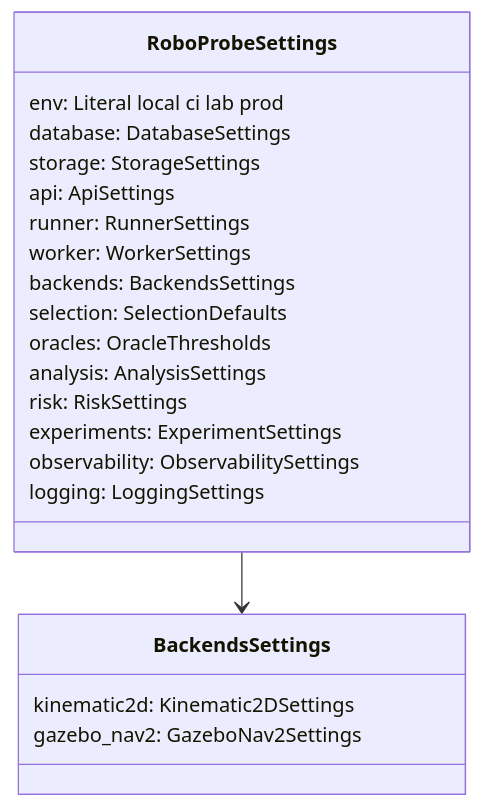
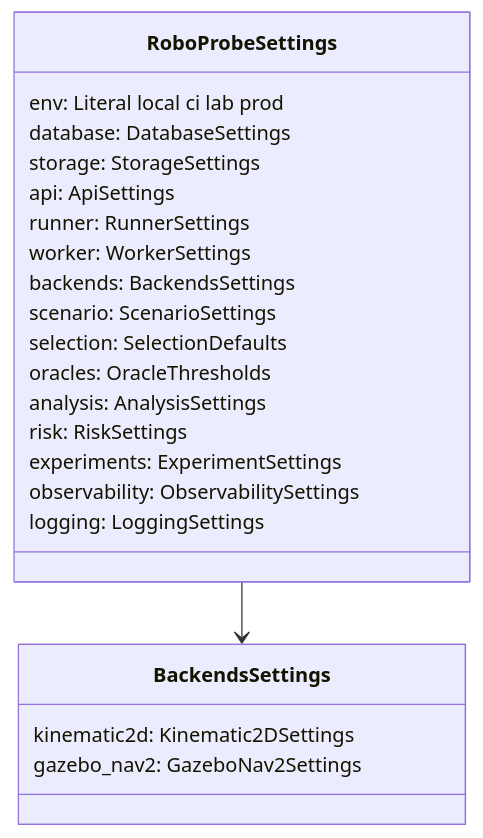
One commit to CodewithJha/RoboProbe changed the diagram in docs/27-configuration-reference.md. Above: the diagram before and after it, drawn with Mermaid. The commit also changed other lines of this file and 14 other files, not shown here.

````diff
--- a/docs/27-configuration-reference.md
+++ b/docs/27-configuration-reference.md
@@ -46,24 +46,25 @@
 ```mermaid
 classDiagram
     class RoboProbeSettings {
       env: Literal local ci lab prod
       database: DatabaseSettings
       storage: StorageSettings
       api: ApiSettings
       runner: RunnerSettings
       worker: WorkerSettings
       backends: BackendsSettings
+      scenario: ScenarioSettings
       selection: SelectionDefaults
       oracles: OracleThresholds
       analysis: AnalysisSettings
       risk: RiskSettings
       experiments: ExperimentSettings
       observability: ObservabilitySettings
       logging: LoggingSettings
     }
     class BackendsSettings {
       kinematic2d: Kinematic2DSettings
       gazebo_nav2: GazeboNav2Settings
     }
     RoboProbeSettings --> BackendsSettings
 ```
````
